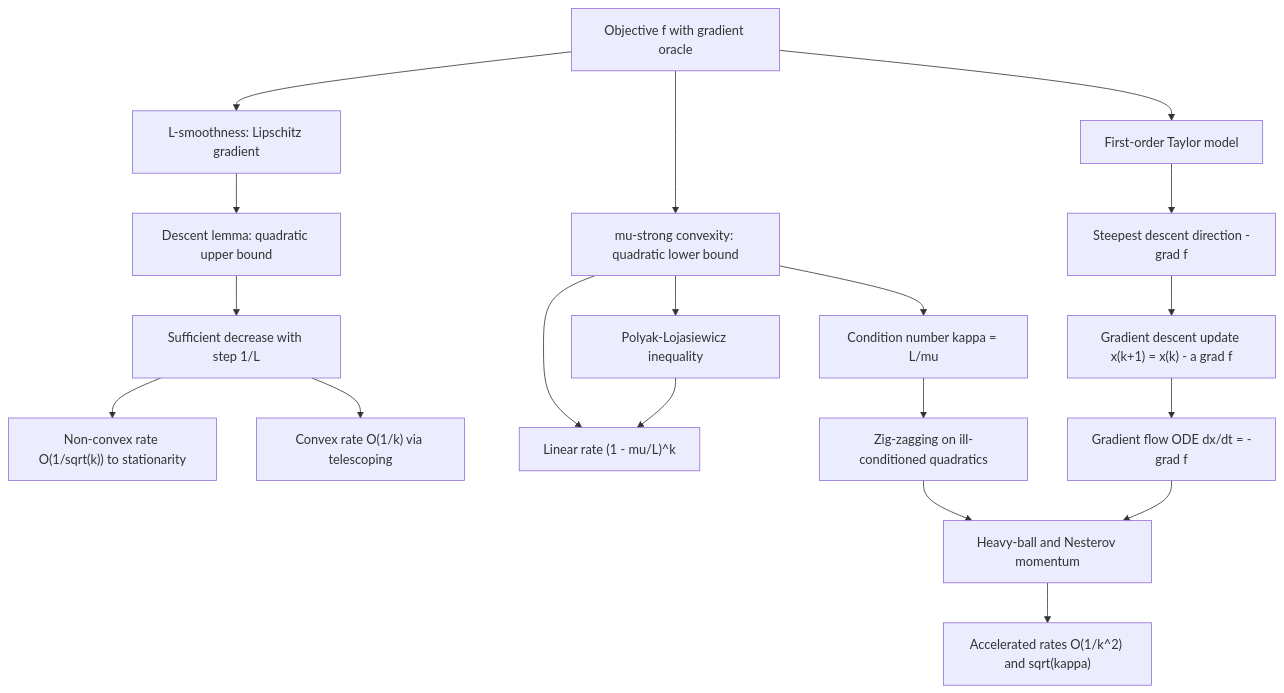
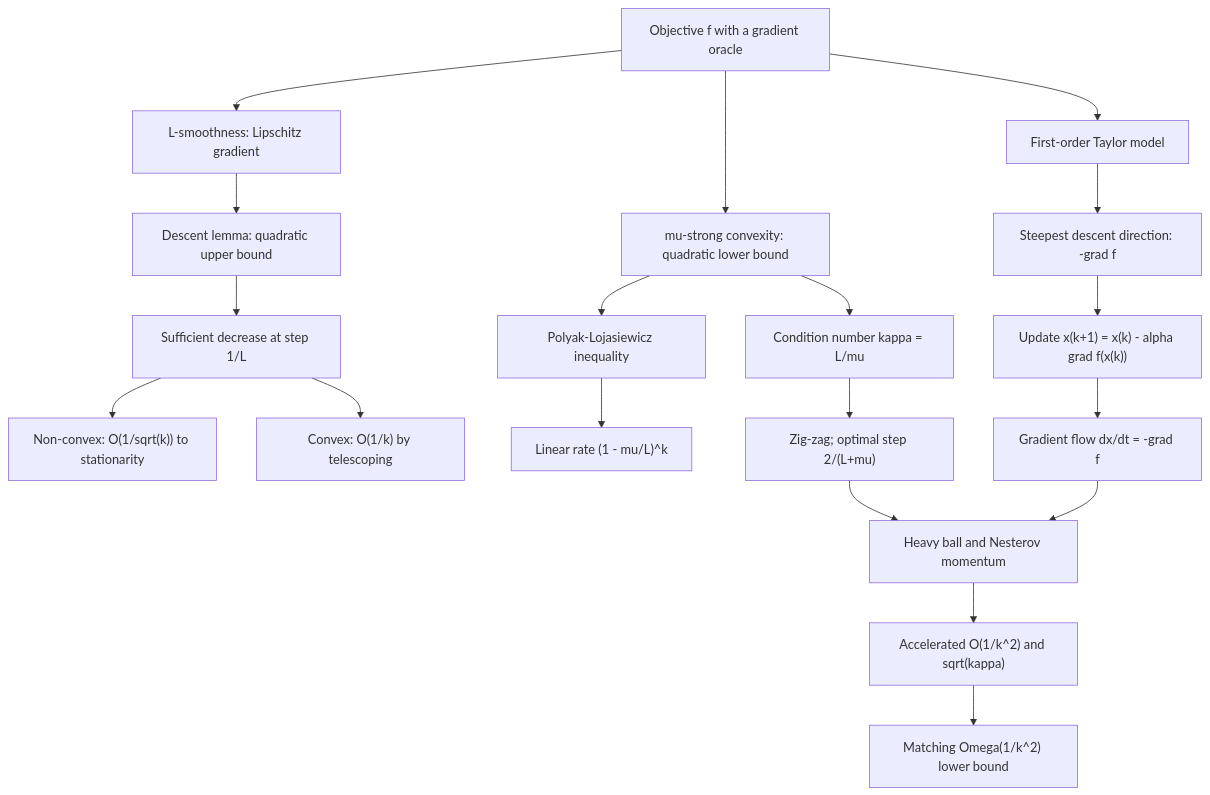
Before and after one commit to hien078/applied-mathematics-foundation: the diagram in optimization/03_gradient_descent_and_convergence/README.md, drawn with Mermaid. The commit also changed other lines of this file and 150 other files, not shown here.

````diff
--- a/optimization/03_gradient_descent_and_convergence/README.md
+++ b/optimization/03_gradient_descent_and_convergence/README.md
@@ -27,21 +62,21 @@
 ```mermaid
 graph TD
-    A["Objective f with gradient oracle"] --> B["First-order Taylor model"]
-    B --> C["Steepest descent direction -grad f"]
-    C --> D["Gradient descent update x(k+1) = x(k) - a grad f"]
+    A["Objective f with a gradient oracle"] --> B["First-order Taylor model"]
+    B --> C["Steepest descent direction: -grad f"]
+    C --> D["Update x(k+1) = x(k) - alpha grad f(x(k))"]
     A --> E["L-smoothness: Lipschitz gradient"]
     E --> F["Descent lemma: quadratic upper bound"]
-    F --> G["Sufficient decrease with step 1/L"]
-    G --> H["Non-convex rate O(1/sqrt(k)) to stationarity"]
-    G --> I["Convex rate O(1/k) via telescoping"]
+    F --> G["Sufficient decrease at step 1/L"]
+    G --> H["Non-convex: O(1/sqrt(k)) to stationarity"]
+    G --> I["Convex: O(1/k) by telescoping"]
     A --> J["mu-strong convexity: quadratic lower bound"]
-    J --> K["Linear rate (1 - mu/L)^k"]
+    J --> N["Polyak-Lojasiewicz inequality"]
+    N --> K["Linear rate (1 - mu/L)^k"]
     J --> L["Condition number kappa = L/mu"]
-    L --> M["Zig-zagging on ill-conditioned quadratics"]
-    J --> N["Polyak-Lojasiewicz inequality"]
-    N --> K
-    M --> O["Heavy-ball and Nesterov momentum"]
-    O --> P["Accelerated rates O(1/k^2) and sqrt(kappa)"]
-    D --> Q["Gradient flow ODE dx/dt = -grad f"]
+    L --> M["Zig-zag; optimal step 2/(L+mu)"]
+    M --> O["Heavy ball and Nesterov momentum"]
+    O --> P["Accelerated O(1/k^2) and sqrt(kappa)"]
+    P --> R["Matching Omega(1/k^2) lower bound"]
+    D --> Q["Gradient flow dx/dt = -grad f"]
     Q --> O
 ```
````
